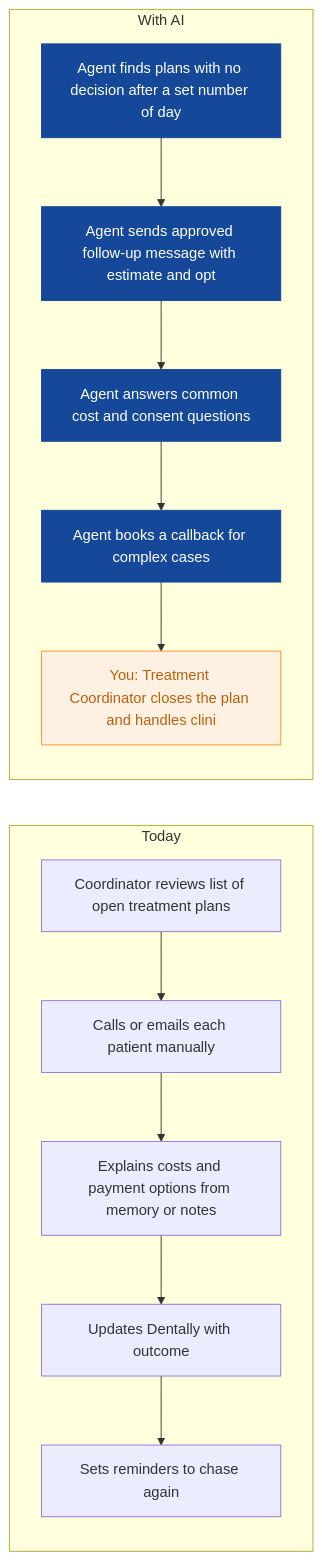
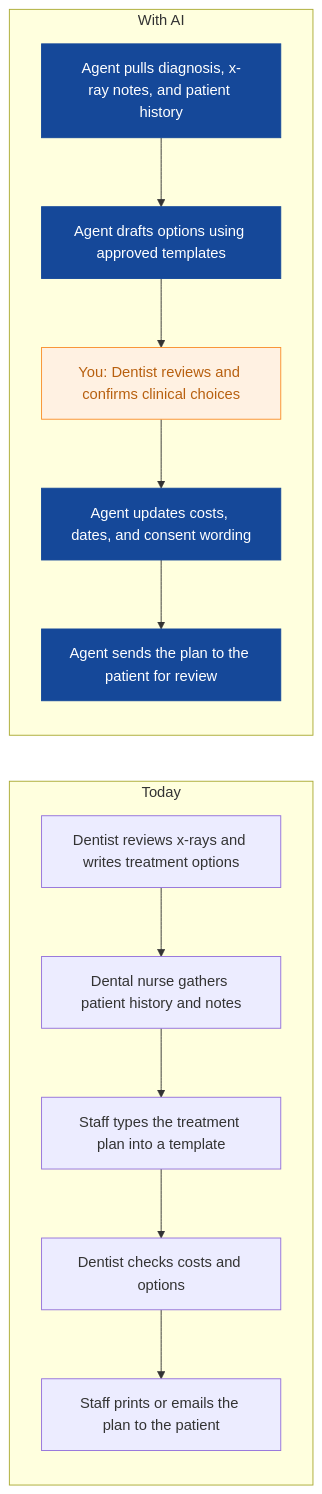
The fifth of 9 diagrams in strategies/maple-sage-dental.md (nexibeo/Complete-AI-Strategy), drawn with Mermaid before and after one commit. The commit also changed other lines of this file and 26 other files, not shown here.

````diff
--- a/strategies/maple-sage-dental.md
+++ b/strategies/maple-sage-dental.md
@@ -134,23 +168,23 @@
 ```mermaid
 flowchart LR
   subgraph Today
-    B0["Coordinator reviews list of open treatment plans"]
-    B1["Calls or emails each patient manually"]
-    B2["Explains costs and payment options from memory or notes"]
-    B3["Updates Dentally with outcome"]
-    B4["Sets reminders to chase again"]
+    B0["Dentist reviews x-rays and writes treatment options"]
+    B1["Dental nurse gathers patient history and notes"]
+    B2["Staff types the treatment plan into a template"]
+    B3["Dentist checks costs and options"]
+    B4["Staff prints or emails the plan to the patient"]
     B0 --> B1 --> B2 --> B3 --> B4
   end
   subgraph WithAI[With AI]
-    A0["Agent finds plans with no decision after a set number of day"]
-    A1["Agent sends approved follow-up message with estimate and opt"]
-    A2["Agent answers common cost and consent questions"]
-    A3["Agent books a callback for complex cases"]
-    A4["You: Treatment Coordinator closes the plan and handles clini"]
+    A0["Agent pulls diagnosis, x-ray notes, and patient history"]
+    A1["Agent drafts options using approved templates"]
+    A2["You: Dentist reviews and confirms clinical choices"]
+    A3["Agent updates costs, dates, and consent wording"]
+    A4["Agent sends the plan to the patient for review"]
     A0 --> A1 --> A2 --> A3 --> A4
   end
   classDef ai fill:#154899,color:#fff,stroke:#154899
   classDef human fill:#FFF1E2,color:#B8600F,stroke:#F98F2C
-  class A0,A1,A2,A3 ai
-  class A4 human
+  class A0,A1,A3,A4 ai
+  class A2 human
 ```
````
